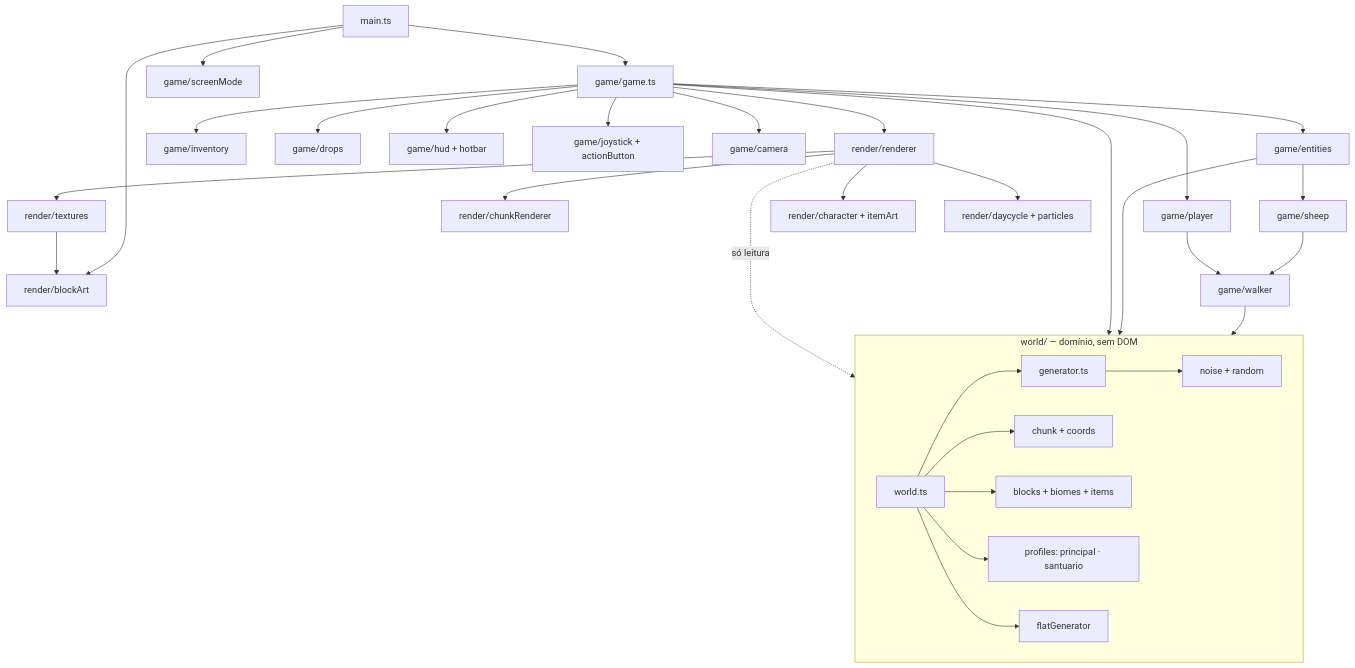
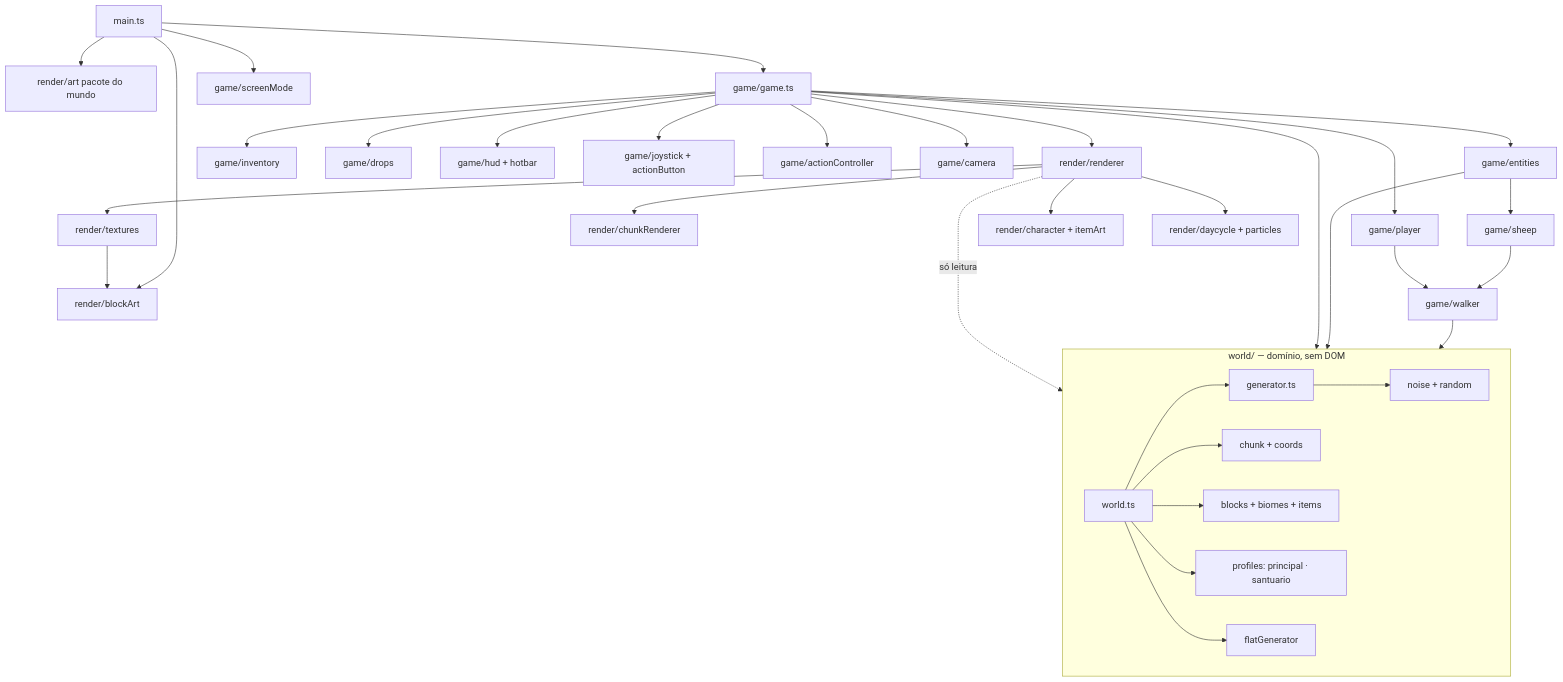
One commit to maiam/mundoblocos-2d changed the first of 7 diagrams in docs/MAPS.md. Above: the diagram before and after it, drawn with Mermaid. The commit also changed other lines of this file and 44 other files, not shown here.

First line of the commit message:
Fase 0: arte separada por mundo, ActionController e Santuário republicado

````diff
--- a/docs/MAPS.md
+++ b/docs/MAPS.md
@@ -8,29 +8,31 @@
 ```mermaid
 flowchart TD
-  main[main.ts] --> blockArt[render/blockArt]
+  main[main.ts] --> art[render/art pacote do mundo]
+  main --> blockArt[render/blockArt]
   main --> game[game/game.ts]
   main --> screen[game/screenMode]
   game --> ent[game/entities] --> sheep[game/sheep] --> walker[game/walker]
   game --> player[game/player] --> walker
   game --> inv[game/inventory]
   game --> drops[game/drops]
   game --> hud[game/hud + hotbar]
   game --> ui[game/joystick + actionButton]
+  game --> act[game/actionController]
   game --> cam[game/camera]
   game --> renderer[render/renderer]
   renderer --> chunkR[render/chunkRenderer]
   renderer --> tex[render/textures] --> blockArt
   renderer --> chars[render/character + itemArt]
   renderer --> fx[render/daycycle + particles]
   walker --> world
   ent --> world
   game --> world
   renderer -. só leitura .-> world
   subgraph world [world/ — domínio, sem DOM]
     W[world.ts] --> G[generator.ts] --> N[noise + random]
     W --> C[chunk + coords]
     W --> B[blocks + biomes + items]
     W --> PR[profiles: principal · santuario]
     W --> FG[flatGenerator]
   end
 ```
````
